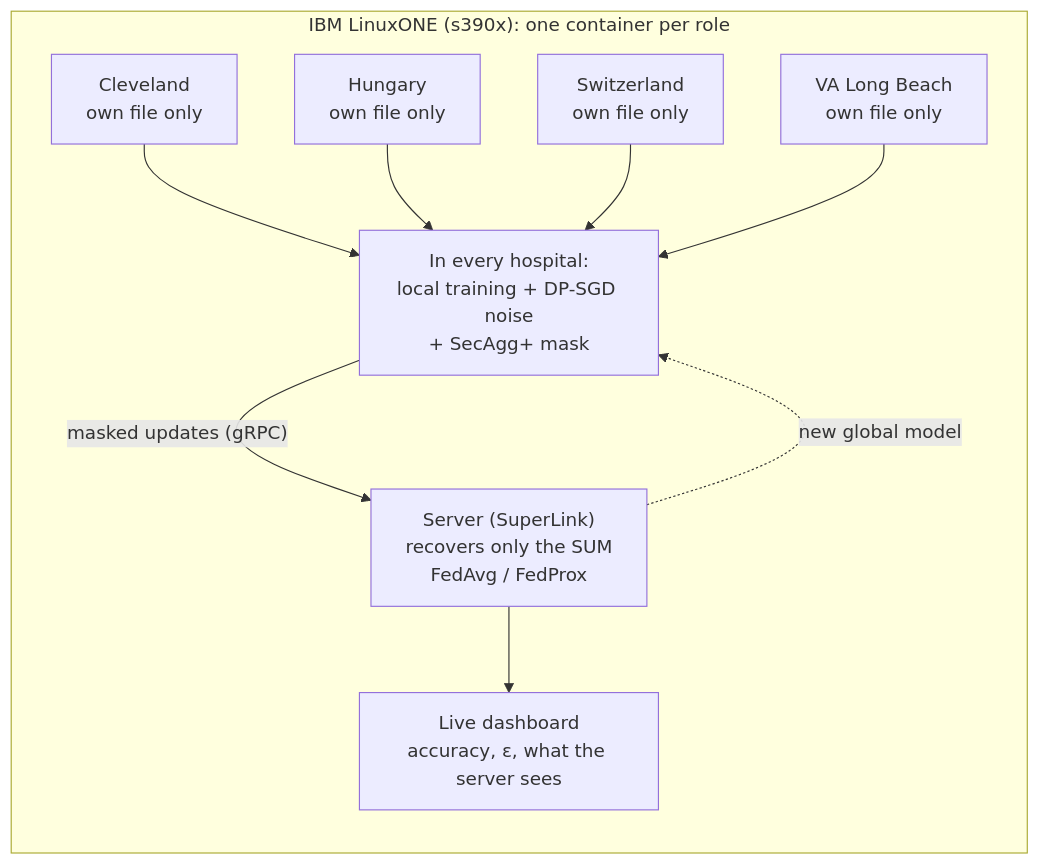
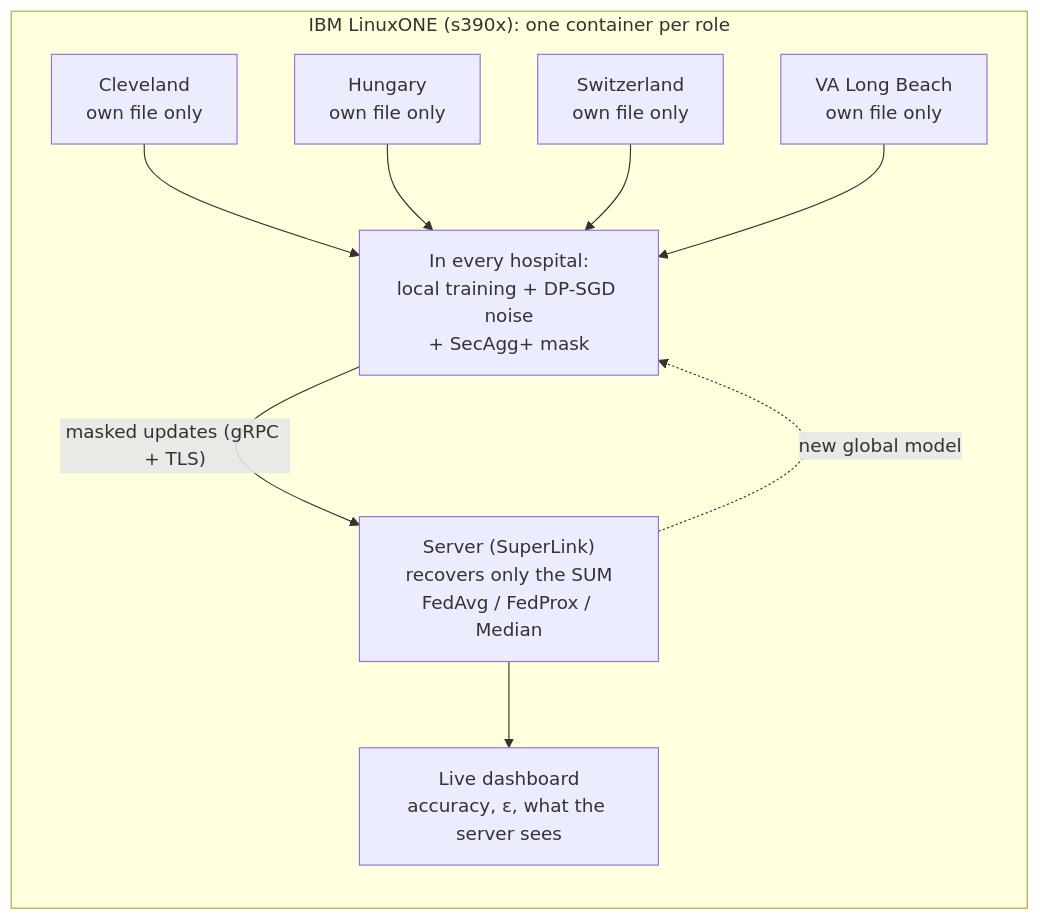
One commit to RitikBhardwaj-programmer/IBM-DATATHON changed the diagram in README.md. Above: the diagram before and after it, drawn with Mermaid. The commit also changed other lines of this file, not shown here.

First line of the commit message:
Update the README for steps 7-8, TLS and the LinuxONE results

````diff
--- a/README.md
+++ b/README.md
@@ -28,12 +33,12 @@
 ```mermaid
 flowchart LR
   subgraph L1["IBM LinuxONE (s390x): one container per role"]
     H0["Cleveland<br/>own file only"] --> P
     H1["Hungary<br/>own file only"] --> P
     H2["Switzerland<br/>own file only"] --> P
     H3["VA Long Beach<br/>own file only"] --> P
-    P["In every hospital:<br/>local training + DP-SGD noise<br/>+ SecAgg+ mask"] -- "masked updates (gRPC)" --> S["Server (SuperLink)<br/>recovers only the SUM<br/>FedAvg / FedProx"]
+    P["In every hospital:<br/>local training + DP-SGD noise<br/>+ SecAgg+ mask"] -- "masked updates (gRPC + TLS)" --> S["Server (SuperLink)<br/>recovers only the SUM<br/>FedAvg / FedProx / Median"]
     S --> D["Live dashboard<br/>accuracy, ε, what the server sees"]
     S -. "new global model" .-> P
   end
 ```
````
